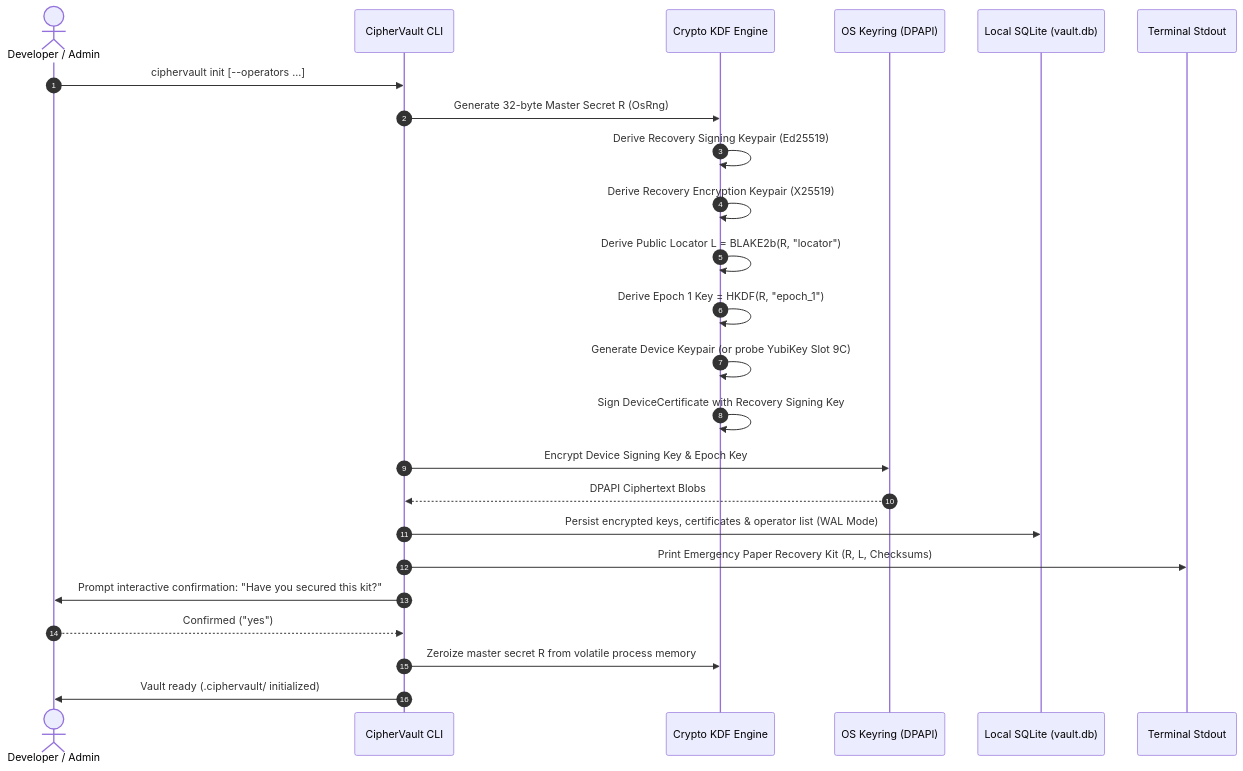
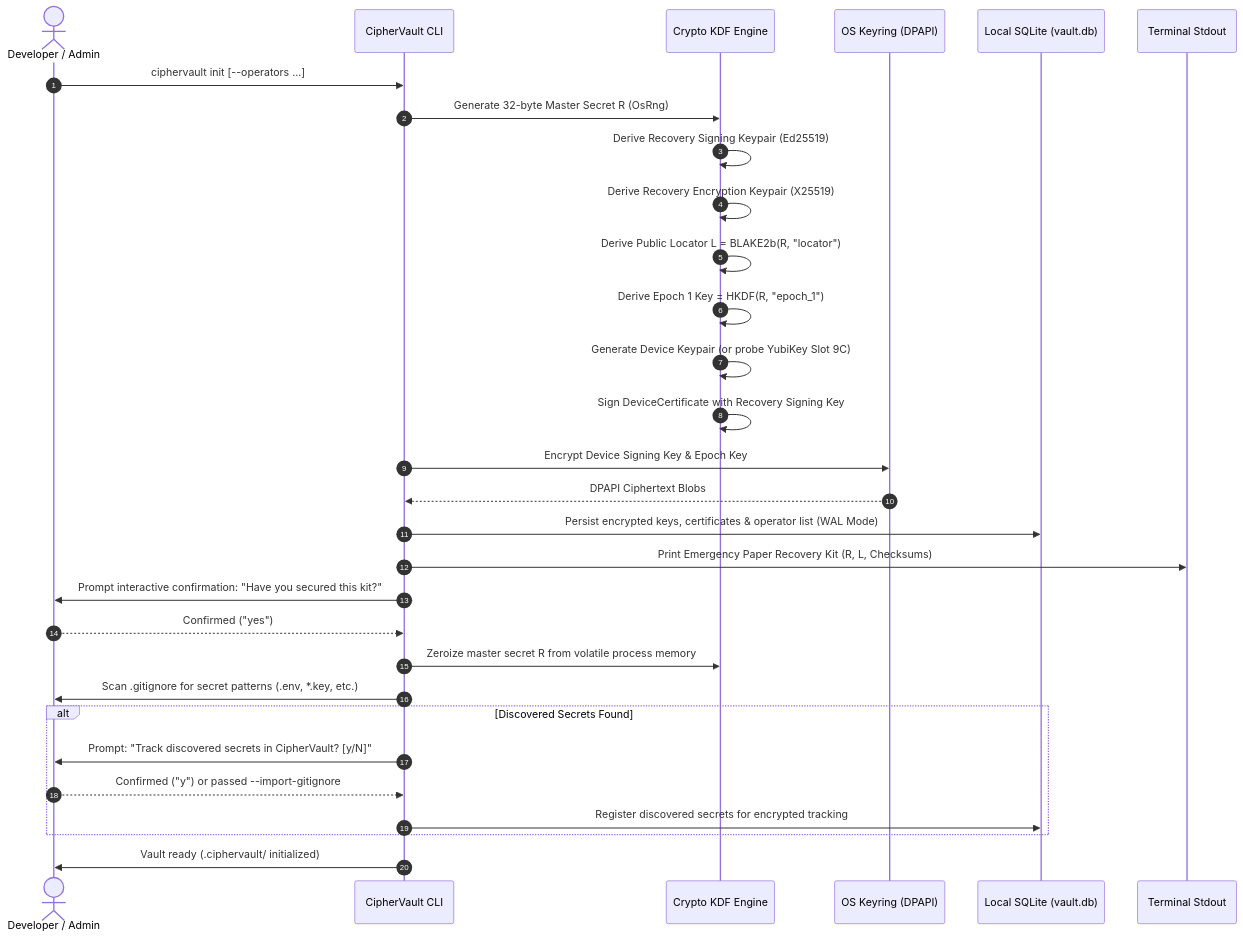
The third of 7 diagrams in docs/SYSTEM_WORKFLOW.md (samuel-1-avson/CipherVault), drawn with Mermaid before and after one commit. The commit also changed other lines of this file and 13 other files, not shown here.

Commit message:
feat: smart .gitignore secret discovery and two-way leak defense sync

````diff
--- a/docs/SYSTEM_WORKFLOW.md
+++ b/docs/SYSTEM_WORKFLOW.md
@@ -137,29 +137,35 @@
 ```mermaid
 sequenceDiagram
     autonumber
     actor Dev as Developer / Admin
     participant CLI as CipherVault CLI
     participant KDF as Crypto KDF Engine
     participant DPAPI as OS Keyring (DPAPI)
     participant Store as Local SQLite (vault.db)
     participant Term as Terminal Stdout
 
     Dev->>CLI: ciphervault init [--operators ...]
     CLI->>KDF: Generate 32-byte Master Secret R (OsRng)
     KDF->>KDF: Derive Recovery Signing Keypair (Ed25519)
     KDF->>KDF: Derive Recovery Encryption Keypair (X25519)
     KDF->>KDF: Derive Public Locator L = BLAKE2b(R, "locator")
     KDF->>KDF: Derive Epoch 1 Key = HKDF(R, "epoch_1")
     KDF->>KDF: Generate Device Keypair (or probe YubiKey Slot 9C)
     KDF->>KDF: Sign DeviceCertificate with Recovery Signing Key
     
     CLI->>DPAPI: Encrypt Device Signing Key & Epoch Key
     DPAPI-->>CLI: DPAPI Ciphertext Blobs
     CLI->>Store: Persist encrypted keys, certificates & operator list (WAL Mode)
     
     CLI->>Term: Print Emergency Paper Recovery Kit (R, L, Checksums)
     CLI->>Dev: Prompt interactive confirmation: "Have you secured this kit?"
     Dev-->>CLI: Confirmed ("yes")
     CLI->>KDF: Zeroize master secret R from volatile process memory
+    CLI->>Dev: Scan .gitignore for secret patterns (.env, *.key, etc.)
+    alt Discovered Secrets Found
+        CLI->>Dev: Prompt: "Track discovered secrets in CipherVault? [y/N]"
+        Dev-->>CLI: Confirmed ("y") or passed --import-gitignore
+        CLI->>Store: Register discovered secrets for encrypted tracking
+    end
     CLI->>Dev: Vault ready (.ciphervault/ initialized)
 ```
````
